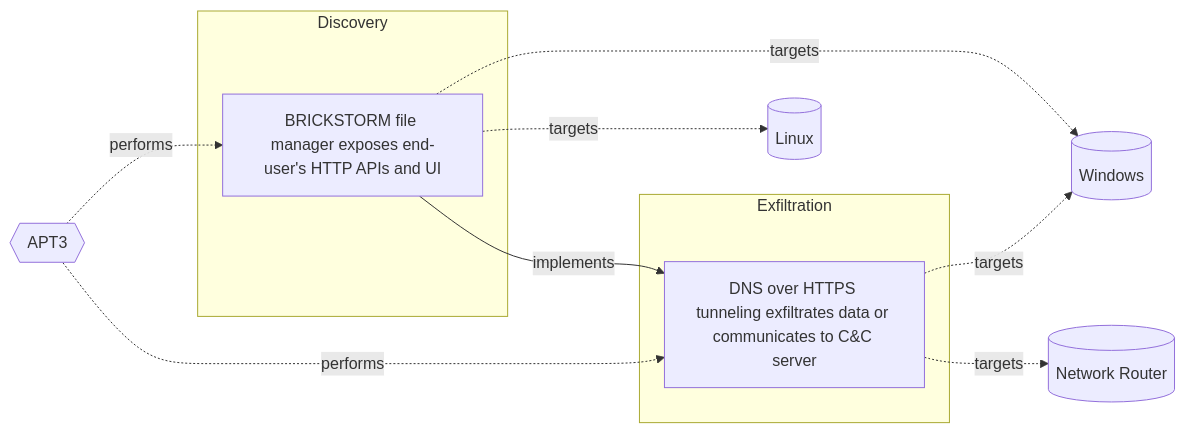
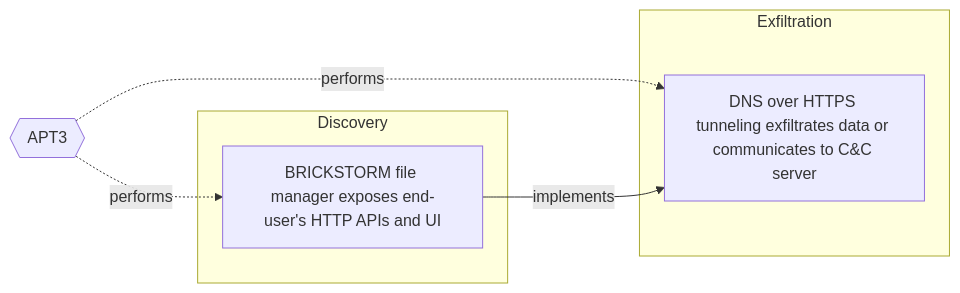
The diagram in Models/Threat Vectors/☣️ BRICKSTORM file manager exposes end-user's HTTP APIs and UI.md (OpenTideHQ/WikiTide), drawn with Mermaid before and after one commit. The commit also changed other lines of this file and 232 other files, not shown here.

````diff
--- a/Models/Threat Vectors/☣️ BRICKSTORM file manager exposes end-user's HTTP APIs and UI.md
+++ b/Models/Threat Vectors/☣️ BRICKSTORM file manager exposes end-user's HTTP APIs and UI.md
@@ -85,29 +85,22 @@
 ```mermaid
 
 flowchart LR
 
 5e6af460-db12-4278-b44d-7a7a3fa7fe76[BRICKSTORM file manager exposes end-user's HTTP APIs and UI]
 901dd804-00cc-4034-85aa-3d10e257c16c[DNS over HTTPS tunneling exfiltrates data or communicates to C&C server]
 
 subgraph Discovery
 5e6af460-db12-4278-b44d-7a7a3fa7fe76
 end
 subgraph Exfiltration
 901dd804-00cc-4034-85aa-3d10e257c16c
 end
 
-Windows[(Windows)]
-Linux[(Linux)]
-NetworkRouter[(Network Router)]
 APT3{{APT3}}
 
-5e6af460-db12-4278-b44d-7a7a3fa7fe76 -.->|targets| Windows
-5e6af460-db12-4278-b44d-7a7a3fa7fe76 -.->|targets| Linux
-901dd804-00cc-4034-85aa-3d10e257c16c -.->|targets| Windows
-901dd804-00cc-4034-85aa-3d10e257c16c -.->|targets| NetworkRouter
 APT3 -.-> |performs| 5e6af460-db12-4278-b44d-7a7a3fa7fe76
 APT3 -.-> |performs| 901dd804-00cc-4034-85aa-3d10e257c16c
 
 5e6af460-db12-4278-b44d-7a7a3fa7fe76 -->|implements| 901dd804-00cc-4034-85aa-3d10e257c16c
 
 ```
````
